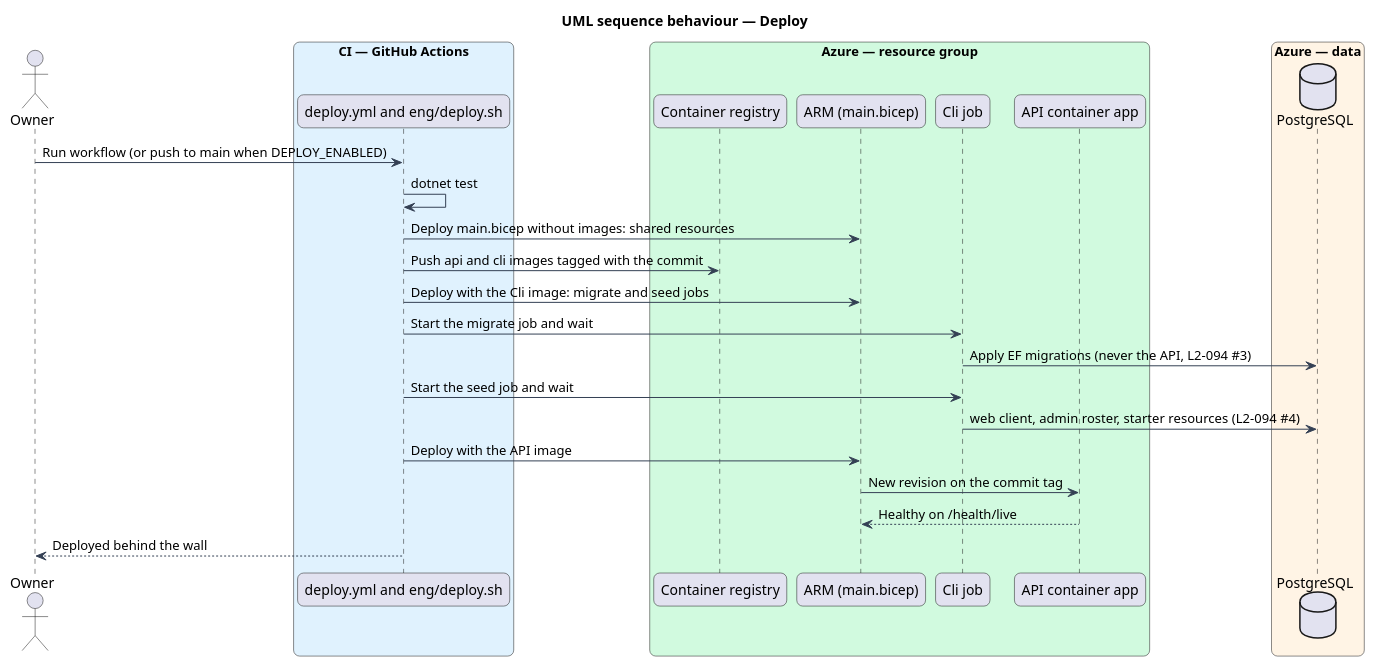
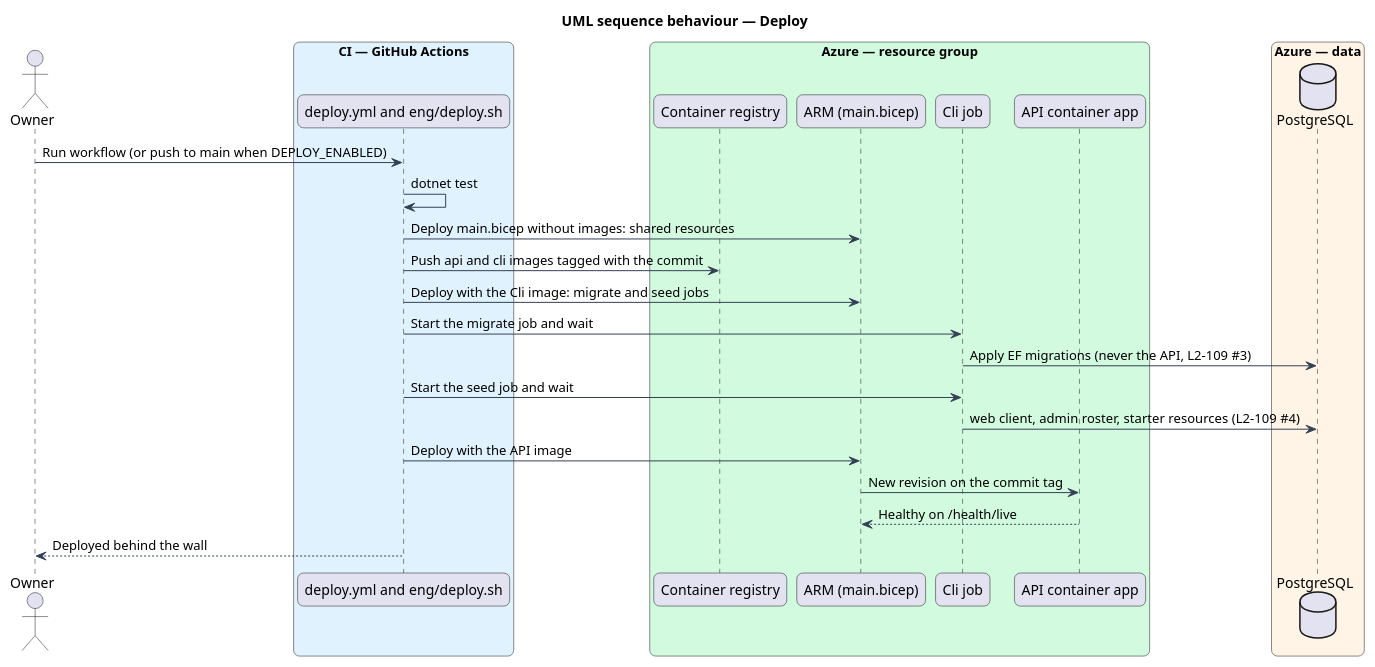
One commit to QuinntyneBrown/faithtech-community changed the diagram in docs/detailed-designs/platform/private-preview-wall/diagrams/sequence-deploy.puml. Above: the diagram before and after it, drawn with PlantUML. The commit also changed 58 other files, not shown here.

```diff
--- a/docs/detailed-designs/platform/private-preview-wall/diagrams/sequence-deploy.puml
+++ b/docs/detailed-designs/platform/private-preview-wall/diagrams/sequence-deploy.puml
@@ -1,34 +1,34 @@
 @startuml
 title UML sequence behaviour — Deploy
 skinparam backgroundColor #FFFFFF
 skinparam shadowing false
 skinparam roundcorner 12
 skinparam defaultFontName Arial
 skinparam ArrowColor #344054
 actor "Owner" as actor
 box "CI — GitHub Actions" #E0F2FE
   participant "deploy.yml and eng/deploy.sh" as wf
 end box
 box "Azure — resource group" #D1FADF
   participant "Container registry" as acr
   participant "ARM (main.bicep)" as arm
   participant "Cli job" as cli
   participant "API container app" as api
 end box
 box "Azure — data" #FFF4E5
   database "PostgreSQL" as db
 end box
 actor -> wf : Run workflow (or push to main when DEPLOY_ENABLED)
 wf -> wf : dotnet test
 wf -> arm : Deploy main.bicep without images: shared resources
 wf -> acr : Push api and cli images tagged with the commit
 wf -> arm : Deploy with the Cli image: migrate and seed jobs
 wf -> cli : Start the migrate job and wait
-cli -> db : Apply EF migrations (never the API, L2-094 #3)
+cli -> db : Apply EF migrations (never the API, L2-109 #3)
 wf -> cli : Start the seed job and wait
-cli -> db : web client, admin roster, starter resources (L2-094 #4)
+cli -> db : web client, admin roster, starter resources (L2-109 #4)
 wf -> arm : Deploy with the API image
 arm -> api : New revision on the commit tag
 api --> arm : Healthy on /health/live
 wf --> actor : Deployed behind the wall
 @enduml
```
